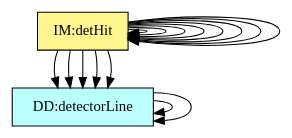
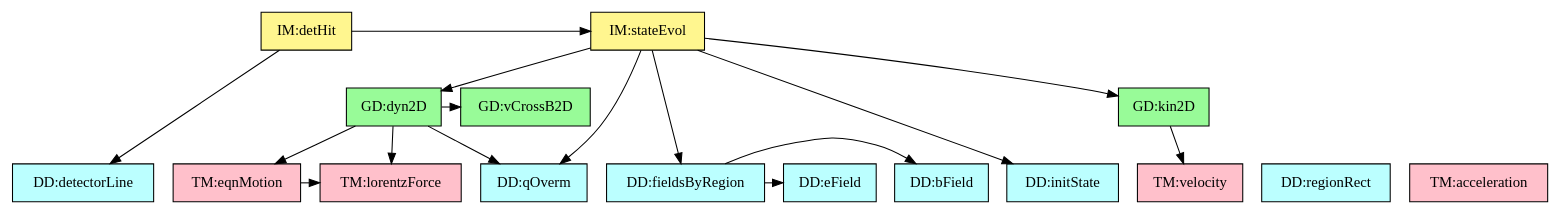
Before and after one commit to JoeZZG/Drasil741: the diagram in code/drasil-example/trajecto/TraceyGraph/refvsref.dot, drawn with Graphviz. The commit also changed 12 other files, not shown here.

```diff
--- a/code/drasil-example/trajecto/TraceyGraph/refvsref.dot
+++ b/code/drasil-example/trajecto/TraceyGraph/refvsref.dot
@@ -1,59 +1,49 @@
-digraph refvsref {
-	dataDefn:Ei -> dataDefn:Evec;
-	dataDefn:Ei -> dataDefn:Bvec;
-	theory:eqnMotionCS -> theory:lorentzForceCS;
-	theory:kin2DRC -> theory:velocityTM;
-	theory:dyn2DRC -> dataDefn:kappa;
-	theory:dyn2DRC -> theory:lorentzForceCS;
-	theory:dyn2DRC -> theory:eqnMotionCS;
-	theory:dyn2DRC -> theory:vCrossB;
-	theory:stateEvolRC -> dataDefn:kappa;
-	theory:stateEvolRC -> dataDefn:s0;
-	theory:stateEvolRC -> dataDefn:Ei;
-	theory:stateEvolRC -> theory:kin2DRC;
-	theory:stateEvolRC -> theory:dyn2DRC;
-	theory:detHitIM -> dataDefn:Ldet;
-	theory:detHitIM -> theory:stateEvolRC;
-
-
-	dataDefn:kappa	[shape=box, color=black, style=filled, fillcolor=paleturquoise1, label="DD:qOverm"];
-	dataDefn:s0	[shape=box, color=black, style=filled, fillcolor=paleturquoise1, label="DD:initState"];
-	dataDefn:Evec	[shape=box, color=black, style=filled, fillcolor=paleturquoise1, label="DD:eField"];
-	dataDefn:Bvec	[shape=box, color=black, style=filled, fillcolor=paleturquoise1, label="DD:bField"];
-	dataDefn:Ri	[shape=box, color=black, style=filled, fillcolor=paleturquoise1, label="DD:regionRect"];
-	dataDefn:Ei	[shape=box, color=black, style=filled, fillcolor=paleturquoise1, label="DD:fieldsByRegion"];
-	dataDefn:Ldet	[shape=box, color=black, style=filled, fillcolor=paleturquoise1, label="DD:detectorLine"];
-
-	subgraph DD {
-	rank="same"
-	{dataDefn:kappa, dataDefn:s0, dataDefn:Evec, dataDefn:Bvec, dataDefn:Ri, dataDefn:Ei, dataDefn:Ldet}
-	}
-
-	theory:velocityTM	[shape=box, color=black, style=filled, fillcolor=pink, label="TM:velocity"];
-	theory:accelerationTM	[shape=box, color=black, style=filled, fillcolor=pink, label="TM:acceleration"];
-	theory:lorentzForceCS	[shape=box, color=black, style=filled, fillcolor=pink, label="TM:lorentzForce"];
-	theory:eqnMotionCS	[shape=box, color=black, style=filled, fillcolor=pink, label="TM:eqnMotion"];
-
-	subgraph TM {
-	rank="same"
-	{theory:velocityTM, theory:accelerationTM, theory:lorentzForceCS, theory:eqnMotionCS}
-	}
-
-	theory:kin2DRC	[shape=box, color=black, style=filled, fillcolor=palegreen, label="GD:kin2D"];
-	theory:vCrossB	[shape=box, color=black, style=filled, fillcolor=palegreen, label="GD:vCrossB2D"];
-	theory:dyn2DRC	[shape=box, color=black, style=filled, fillcolor=palegreen, label="GD:dyn2D"];
-
-	subgraph GD {
-	rank="same"
-	{theory:kin2DRC, theory:vCrossB, theory:dyn2DRC}
-	}
-
-	theory:stateEvolRC	[shape=box, color=black, style=filled, fillcolor=khaki1, label="IM:stateEvol"];
-	theory:detHitIM	[shape=box, color=black, style=filled, fillcolor=khaki1, label="IM:detHit"];
-
-	subgraph IM {
-	rank="same"
-	{theory:stateEvolRC, theory:detHitIM}
-	}
-
+digraph "refvsref" {
+    "dataDefn:Ei" -> "dataDefn:Evec";
+    "dataDefn:Ei" -> "dataDefn:Bvec";
+    "theory:eqnMotionCS" -> "theory:lorentzForceCS";
+    "theory:kin2DRC" -> "theory:velocityTM";
+    "theory:dyn2DRC" -> "dataDefn:kappa";
+    "theory:dyn2DRC" -> "theory:lorentzForceCS";
+    "theory:dyn2DRC" -> "theory:eqnMotionCS";
+    "theory:dyn2DRC" -> "theory:vCrossB";
+    "theory:stateEvolRC" -> "dataDefn:kappa";
+    "theory:stateEvolRC" -> "dataDefn:s0";
+    "theory:stateEvolRC" -> "dataDefn:Ei";
+    "theory:stateEvolRC" -> "theory:kin2DRC";
+    "theory:stateEvolRC" -> "theory:dyn2DRC";
+    "theory:detHitIM" -> "dataDefn:Ldet";
+    "theory:detHitIM" -> "theory:stateEvolRC";
+    "dataDefn:kappa" [shape=box, color=black, style=filled, fillcolor="paleturquoise1", label="DD:qOverm"];
+    "dataDefn:s0" [shape=box, color=black, style=filled, fillcolor="paleturquoise1", label="DD:initState"];
+    "dataDefn:Evec" [shape=box, color=black, style=filled, fillcolor="paleturquoise1", label="DD:eField"];
+    "dataDefn:Bvec" [shape=box, color=black, style=filled, fillcolor="paleturquoise1", label="DD:bField"];
+    "dataDefn:Ri" [shape=box, color=black, style=filled, fillcolor="paleturquoise1", label="DD:regionRect"];
+    "dataDefn:Ei" [shape=box, color=black, style=filled, fillcolor="paleturquoise1", label="DD:fieldsByRegion"];
+    "dataDefn:Ldet" [shape=box, color=black, style=filled, fillcolor="paleturquoise1", label="DD:detectorLine"];
+    subgraph "DD" {
+        rank="same";
+        "dataDefn:kappa" "dataDefn:s0" "dataDefn:Evec" "dataDefn:Bvec" "dataDefn:Ri" "dataDefn:Ei" "dataDefn:Ldet";
+    }
+    "theory:velocityTM" [shape=box, color=black, style=filled, fillcolor="pink", label="TM:velocity"];
+    "theory:accelerationTM" [shape=box, color=black, style=filled, fillcolor="pink", label="TM:acceleration"];
+    "theory:lorentzForceCS" [shape=box, color=black, style=filled, fillcolor="pink", label="TM:lorentzForce"];
+    "theory:eqnMotionCS" [shape=box, color=black, style=filled, fillcolor="pink", label="TM:eqnMotion"];
+    subgraph "TM" {
+        rank="same";
+        "theory:velocityTM" "theory:accelerationTM" "theory:lorentzForceCS" "theory:eqnMotionCS";
+    }
+    "theory:kin2DRC" [shape=box, color=black, style=filled, fillcolor="palegreen", label="GD:kin2D"];
+    "theory:vCrossB" [shape=box, color=black, style=filled, fillcolor="palegreen", label="GD:vCrossB2D"];
+    "theory:dyn2DRC" [shape=box, color=black, style=filled, fillcolor="palegreen", label="GD:dyn2D"];
+    subgraph "GD" {
+        rank="same";
+        "theory:kin2DRC" "theory:vCrossB" "theory:dyn2DRC";
+    }
+    "theory:stateEvolRC" [shape=box, color=black, style=filled, fillcolor="khaki1", label="IM:stateEvol"];
+    "theory:detHitIM" [shape=box, color=black, style=filled, fillcolor="khaki1", label="IM:detHit"];
+    subgraph "IM" {
+        rank="same";
+        "theory:stateEvolRC" "theory:detHitIM";
+    }
 }
```
